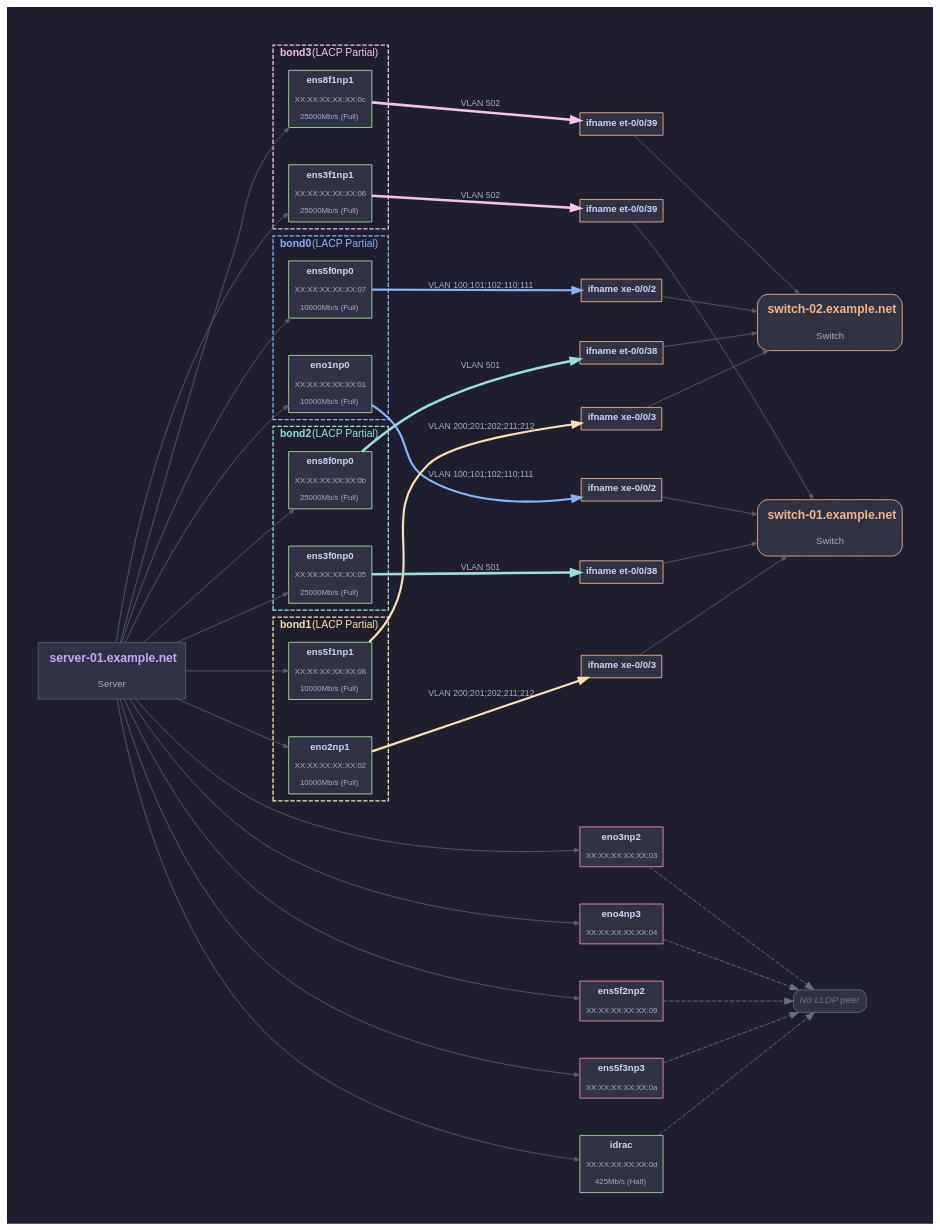
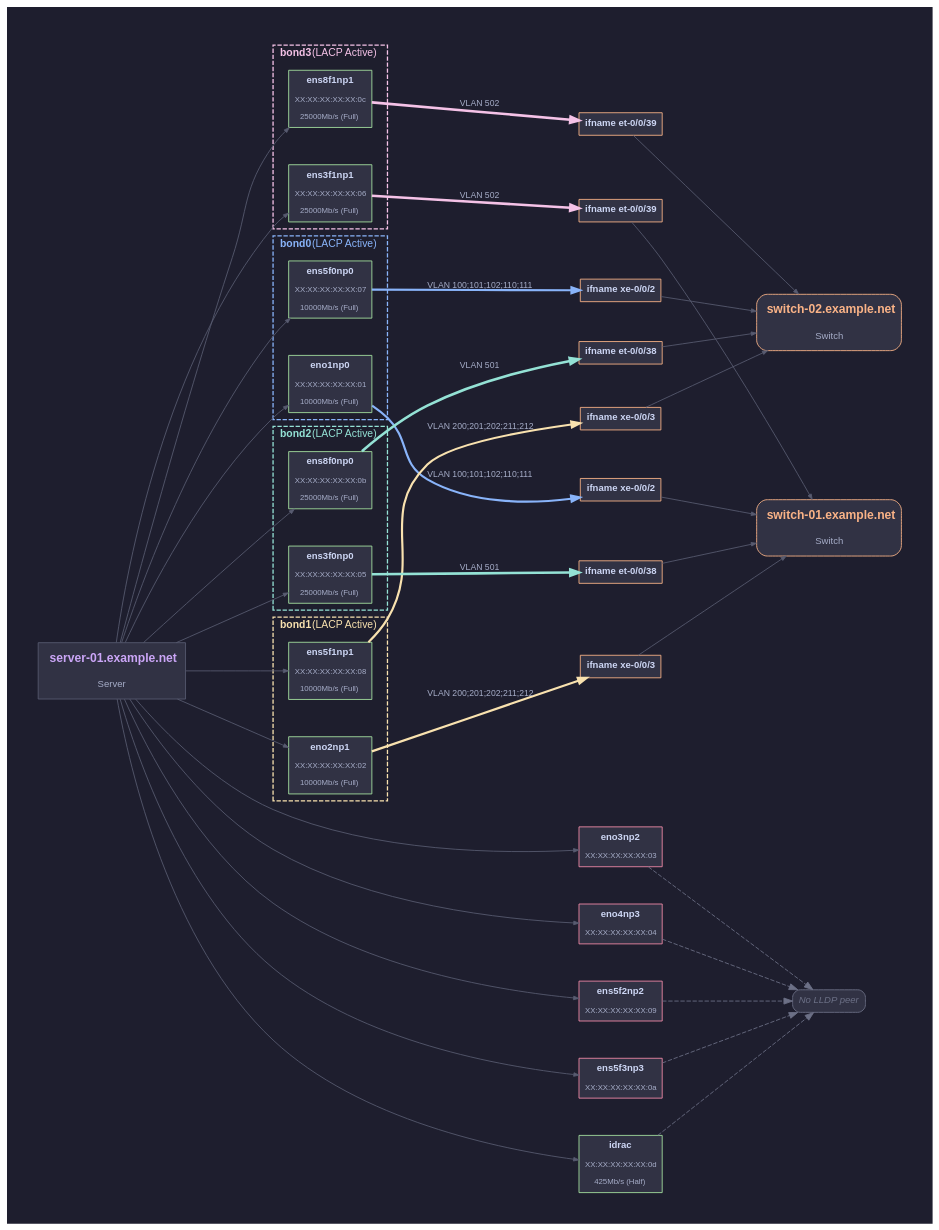
The diagram in samples/topology.dot (ciroiriarte/nic-xray), drawn with Graphviz before and after one commit. The commit also changed 12 other files, not shown here.

First line of the commit message:
Fix LACP validation and add bond-level consistency checks

```diff
--- a/samples/topology.dot
+++ b/samples/topology.dot
@@ -21,7 +21,7 @@
         color="#89b4fa";
         bgcolor="#1e1e2ecc";
         fontcolor="#89b4fa";
-        label=<<FONT POINT-SIZE="12"><B>bond0</B> (LACP Partial)</FONT>>;
+        label=<<FONT POINT-SIZE="12"><B>bond0</B> (LACP Active)</FONT>>;
         penwidth=1.5;
 
         eno1np0 [shape=plain, label=<
@@ -45,7 +45,7 @@
         color="#f9e2af";
         bgcolor="#1e1e2ecc";
         fontcolor="#f9e2af";
-        label=<<FONT POINT-SIZE="12"><B>bond1</B> (LACP Partial)</FONT>>;
+        label=<<FONT POINT-SIZE="12"><B>bond1</B> (LACP Active)</FONT>>;
         penwidth=1.5;
 
         eno2np1 [shape=plain, label=<
@@ -69,7 +69,7 @@
         color="#94e2d5";
         bgcolor="#1e1e2ecc";
         fontcolor="#94e2d5";
-        label=<<FONT POINT-SIZE="12"><B>bond2</B> (LACP Partial)</FONT>>;
+        label=<<FONT POINT-SIZE="12"><B>bond2</B> (LACP Active)</FONT>>;
         penwidth=1.5;
 
         ens3f0np0 [shape=plain, label=<
@@ -93,7 +93,7 @@
         color="#f5c2e7";
         bgcolor="#1e1e2ecc";
         fontcolor="#f5c2e7";
-        label=<<FONT POINT-SIZE="12"><B>bond3</B> (LACP Partial)</FONT>>;
+        label=<<FONT POINT-SIZE="12"><B>bond3</B> (LACP Active)</FONT>>;
         penwidth=1.5;
 
         ens3f1np1 [shape=plain, label=<
```
